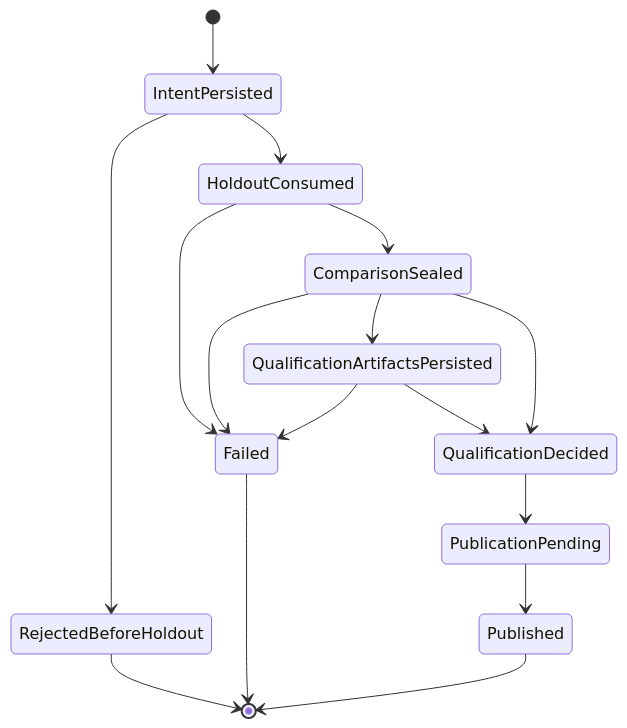
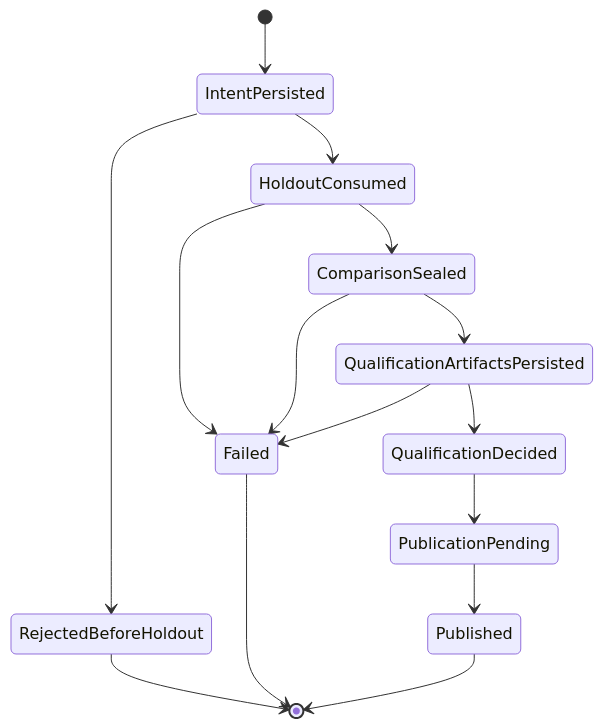
One commit to TrillionniumFoundation/hepta-private-ci changed the third of 3 diagrams in docs/modules/learning.eval/DEVELOPER_GUIDE.md. Above: the diagram before and after it, drawn with Mermaid. The commit also changed other lines of this file and 9 other files, not shown here.

````diff
--- a/docs/modules/learning.eval/DEVELOPER_GUIDE.md
+++ b/docs/modules/learning.eval/DEVELOPER_GUIDE.md
@@ -89,18 +86,17 @@
 ```mermaid
 stateDiagram-v2
     [*] --> IntentPersisted
     IntentPersisted --> RejectedBeforeHoldout
     IntentPersisted --> HoldoutConsumed
     HoldoutConsumed --> Failed
     HoldoutConsumed --> ComparisonSealed
     ComparisonSealed --> Failed
     ComparisonSealed --> QualificationArtifactsPersisted
-    ComparisonSealed --> QualificationDecided
     QualificationArtifactsPersisted --> Failed
     QualificationArtifactsPersisted --> QualificationDecided
     QualificationDecided --> PublicationPending
     PublicationPending --> Published
     RejectedBeforeHoldout --> [*]
     Failed --> [*]
     Published --> [*]
 ```
````
